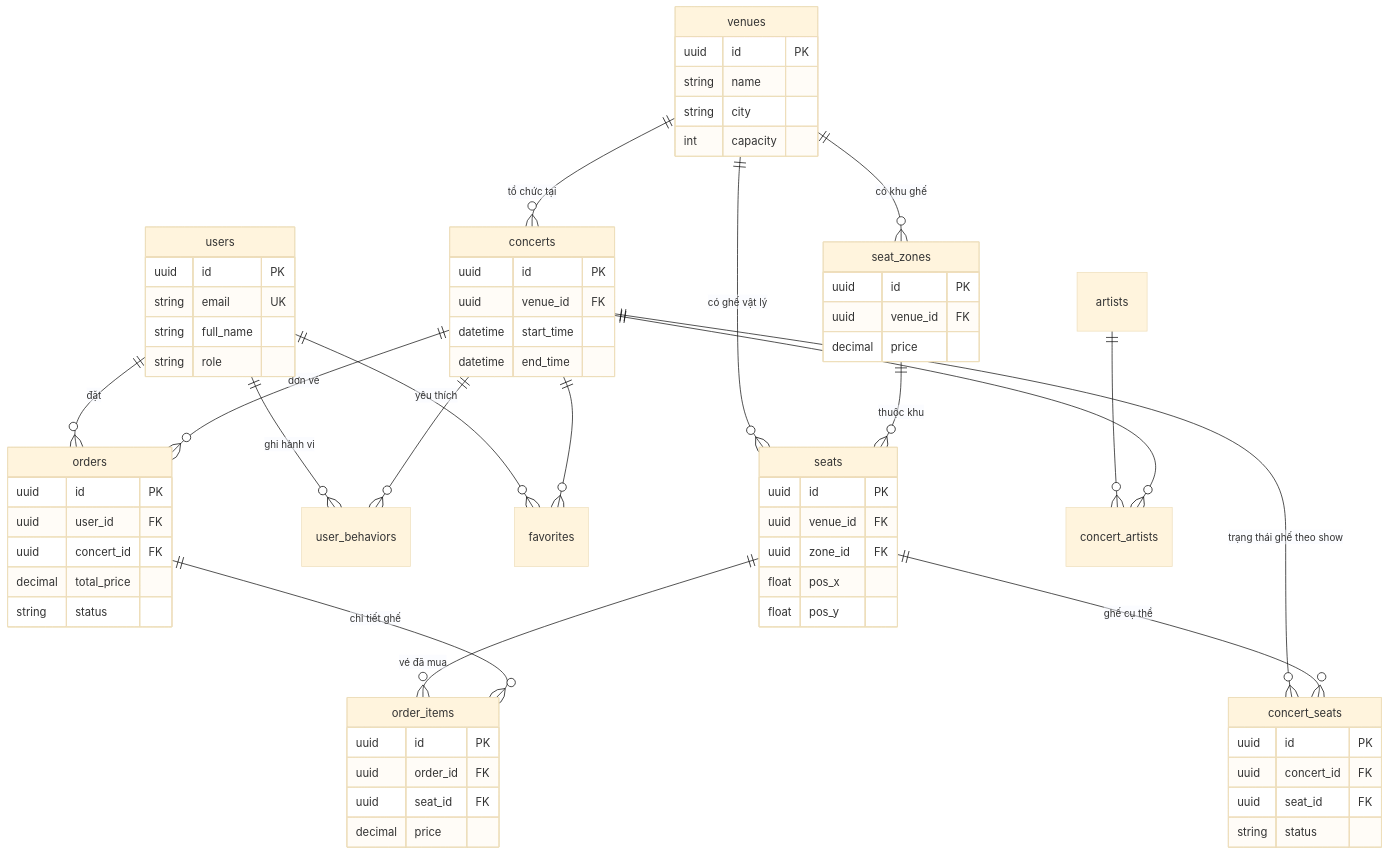
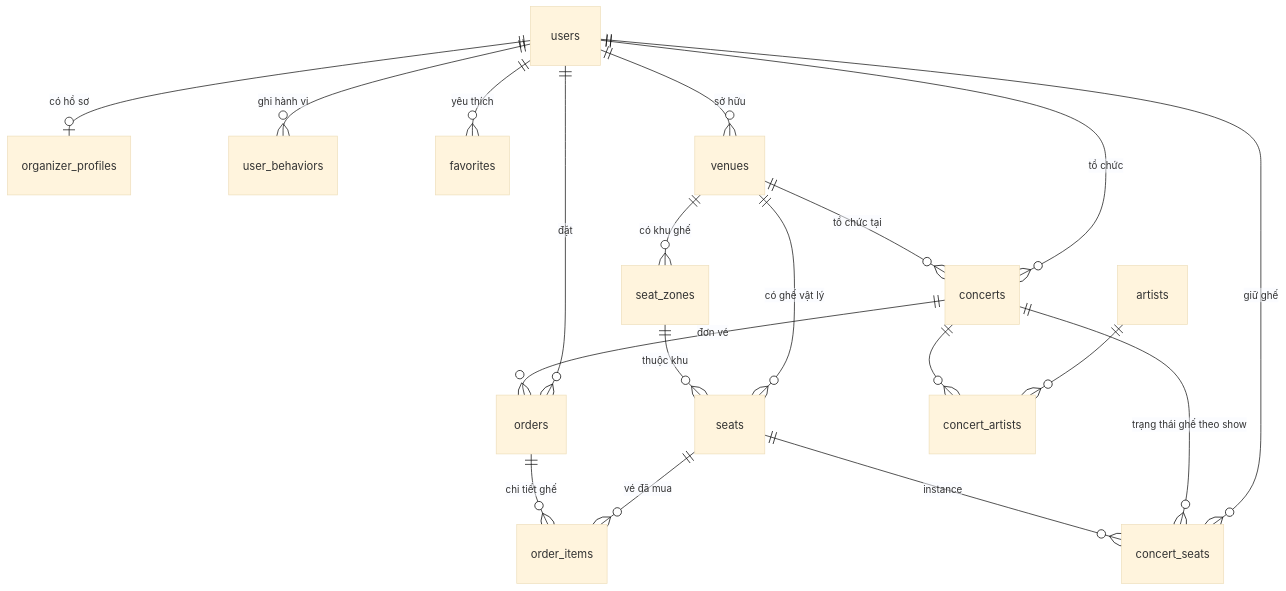
The diagram in docs/CO_SO_DU_LIEU.md (hdunq11/dant), drawn with Mermaid (base theme) before and after one commit. The commit also changed other lines of this file and 11 other files, not shown here.

````diff
--- a/docs/CO_SO_DU_LIEU.md
+++ b/docs/CO_SO_DU_LIEU.md
@@ -13,81 +35,25 @@
 ```mermaid
 erDiagram
+    users ||--o| organizer_profiles : "có hồ sơ"
     users ||--o{ orders : "đặt"
     users ||--o{ user_behaviors : "ghi hành vi"
     users ||--o{ favorites : "yêu thích"
+    users ||--o{ venues : "sở hữu"
+    users ||--o{ concerts : "tổ chức"
+    users ||--o{ concert_seats : "giữ ghế"
 
     venues ||--o{ concerts : "tổ chức tại"
     venues ||--o{ seat_zones : "có khu ghế"
     venues ||--o{ seats : "có ghế vật lý"
 
     artists ||--o{ concert_artists : ""
     concerts ||--o{ concert_artists : ""
     concerts ||--o{ concert_seats : "trạng thái ghế theo show"
     concerts ||--o{ orders : "đơn vé"
-    concerts ||--o{ user_behaviors : ""
-    concerts ||--o{ favorites : ""
 
     seat_zones ||--o{ seats : "thuộc khu"
-
-    seats ||--o{ concert_seats : "ghế cụ thể"
+    seats ||--o{ concert_seats : "instance"
     seats ||--o{ order_items : "vé đã mua"
 
     orders ||--o{ order_items : "chi tiết ghế"
-
-    users {
-        uuid id PK
-        string email UK
-        string full_name
-        string role
-    }
-
-    venues {
-        uuid id PK
-        string name
-        string city
-        int capacity
-    }
-
-    concerts {
-        uuid id PK
-        uuid venue_id FK
-        datetime start_time
-        datetime end_time
-    }
-
-    seat_zones {
-        uuid id PK
-        uuid venue_id FK
-        decimal price
-    }
-
-    seats {
-        uuid id PK
-        uuid venue_id FK
-        uuid zone_id FK
-        float pos_x
-        float pos_y
-    }
-
-    concert_seats {
-        uuid id PK
-        uuid concert_id FK
-        uuid seat_id FK
-        string status
-    }
-
-    orders {
-        uuid id PK
-        uuid user_id FK
-        uuid concert_id FK
-        decimal total_price
-        string status
-    }
-
-    order_items {
-        uuid id PK
-        uuid order_id FK
-        uuid seat_id FK
-        decimal price
-    }
 ```
````
